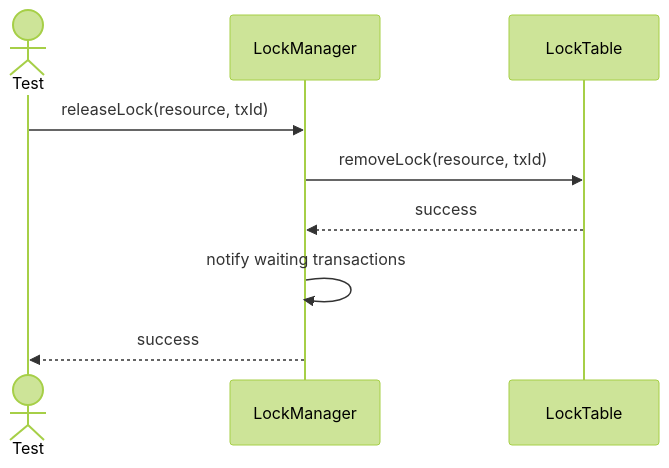
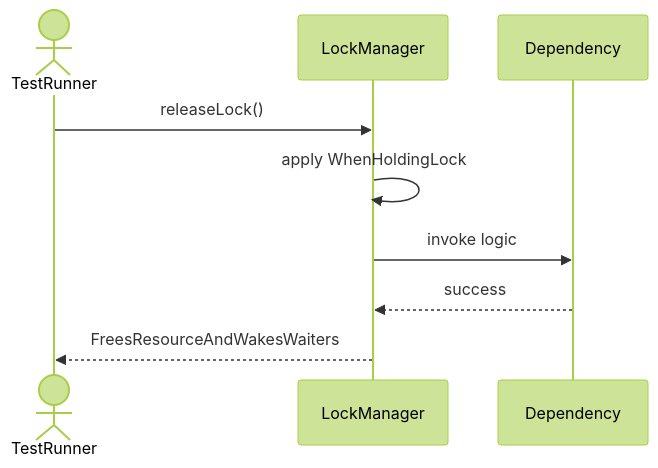
One commit to TamBui1706/DBMS changed the third of 8 diagrams in Sequences/TransactionManagement/LockManager.md. Above: the diagram before and after it, drawn with Mermaid (forest theme). The commit also changed other lines of this file and 63 other files, not shown here.

Commit message:
Draw sequence diagram for unit tests

````diff
--- a/Sequences/TransactionManagement/LockManager.md
+++ b/Sequences/TransactionManagement/LockManager.md
@@ -48,12 +44,10 @@
 ```mermaid
 sequenceDiagram
-    actor Test
+    actor TestRunner
     participant LockManager
-    participant LockTable
-
-    Test->>LockManager: releaseLock(resource, txId)
-    LockManager->>LockTable: removeLock(resource, txId)
-    LockTable-->>LockManager: success
-    LockManager->>LockManager: notify waiting transactions
-    LockManager-->>Test: success
+    TestRunner->>LockManager: releaseLock()
+    LockManager->>LockManager: apply WhenHoldingLock
+    LockManager->>Dependency: invoke logic
+    Dependency-->>LockManager: success
+    LockManager-->>TestRunner: FreesResourceAndWakesWaiters
 ```
````
